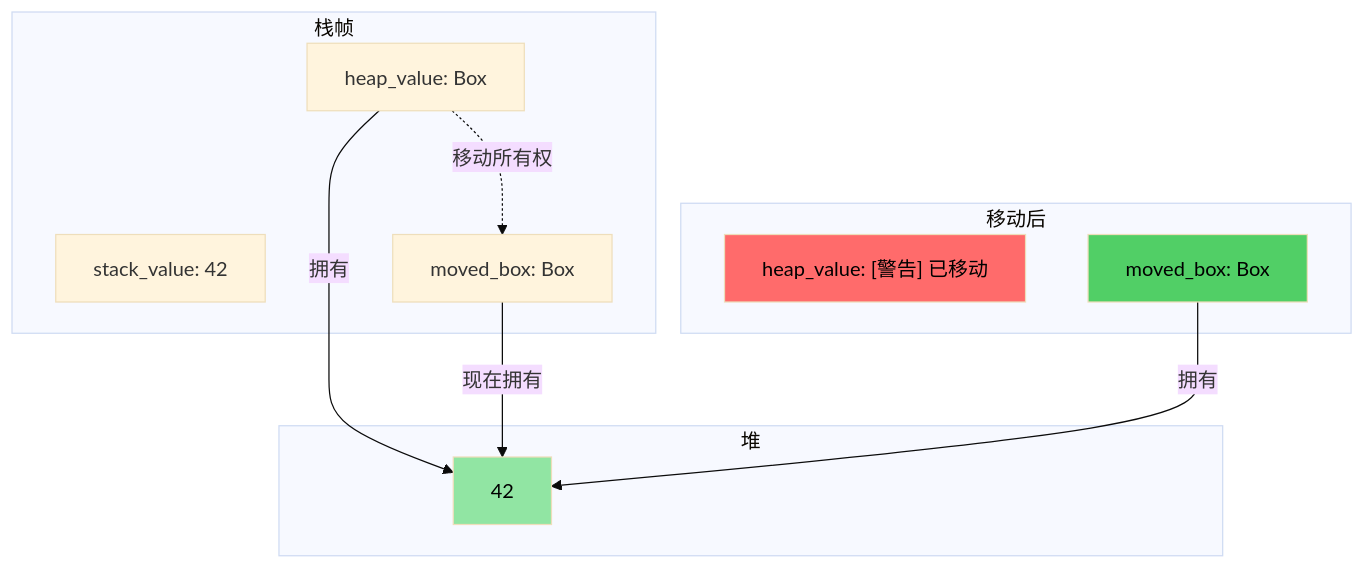
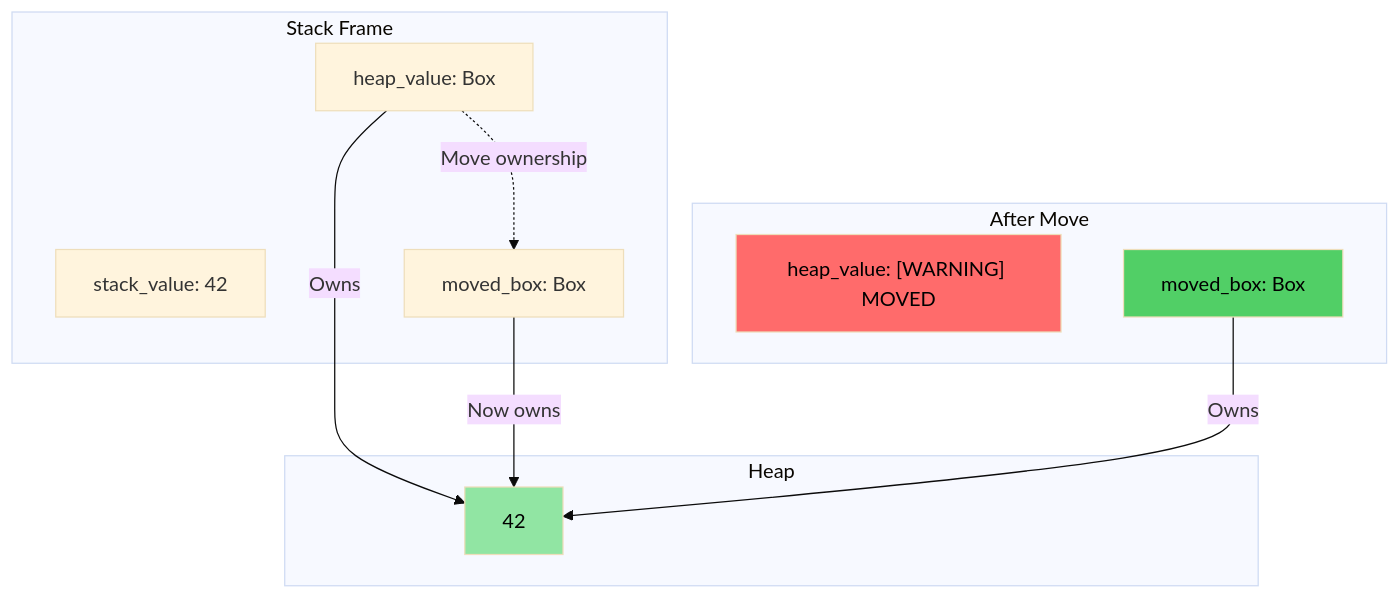
Before and after one commit to hex623/rust-training-zh: the third of 4 diagrams in src/ch01-introduction-and-motivation.md, drawn with Mermaid (base theme). The commit also changed other lines of this file and 21 other files, not shown here.

````diff
--- a/src/ch01-introduction-and-motivation.md
+++ b/src/ch01-introduction-and-motivation.md
@@ -145,27 +145,27 @@
 ```mermaid
 graph TD
-    subgraph "栈帧"
+    subgraph "Stack Frame"
         SV["stack_value: 42"]
         BP["heap_value: Box<i32>"]
         BP2["moved_box: Box<i32>"]
     end
     
-    subgraph "堆"
+    subgraph "Heap"
         HV["42"]
     end
     
-    BP -->|"拥有"| HV
-    BP -.->|"移动所有权"| BP2
-    BP2 -->|"现在拥有"| HV
+    BP -->|"Owns"| HV
+    BP -.->|"Move ownership"| BP2
+    BP2 -->|"Now owns"| HV
     
-    subgraph "移动后"
-        BP_X["heap_value: [警告] 已移动"]
+    subgraph "After Move"
+        BP_X["heap_value: [WARNING] MOVED"]
         BP2_A["moved_box: Box<i32>"]
     end
     
-    BP2_A -->|"拥有"| HV
+    BP2_A -->|"Owns"| HV
     
     style BP_X fill:#ff6b6b,color:#000
     style HV fill:#91e5a3,color:#000
     style BP2_A fill:#51cf66,color:#000
 ```
````
